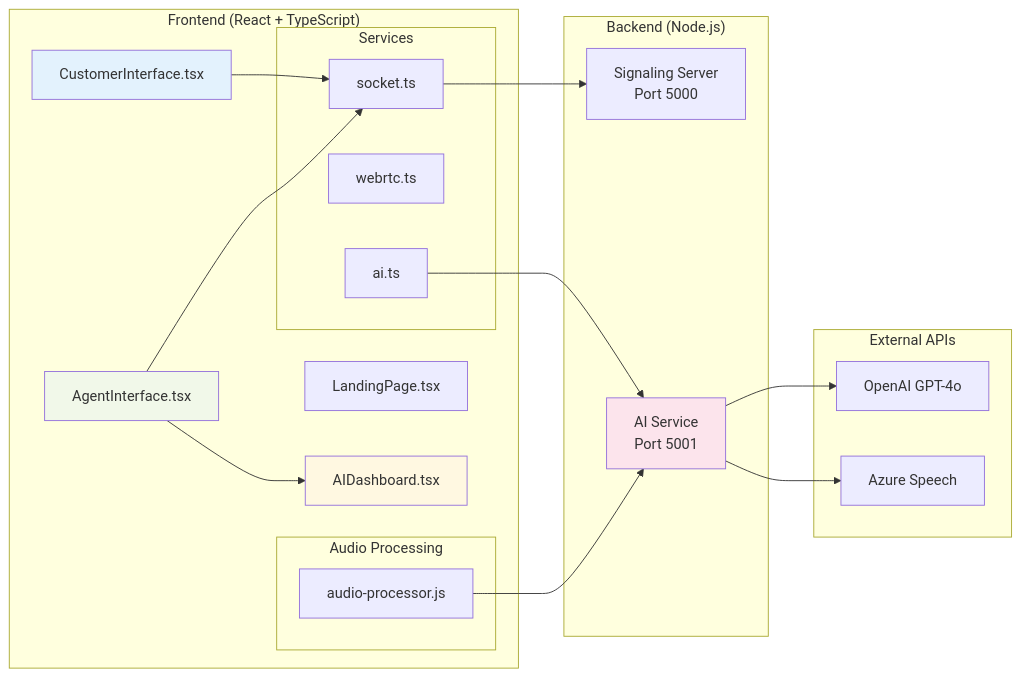
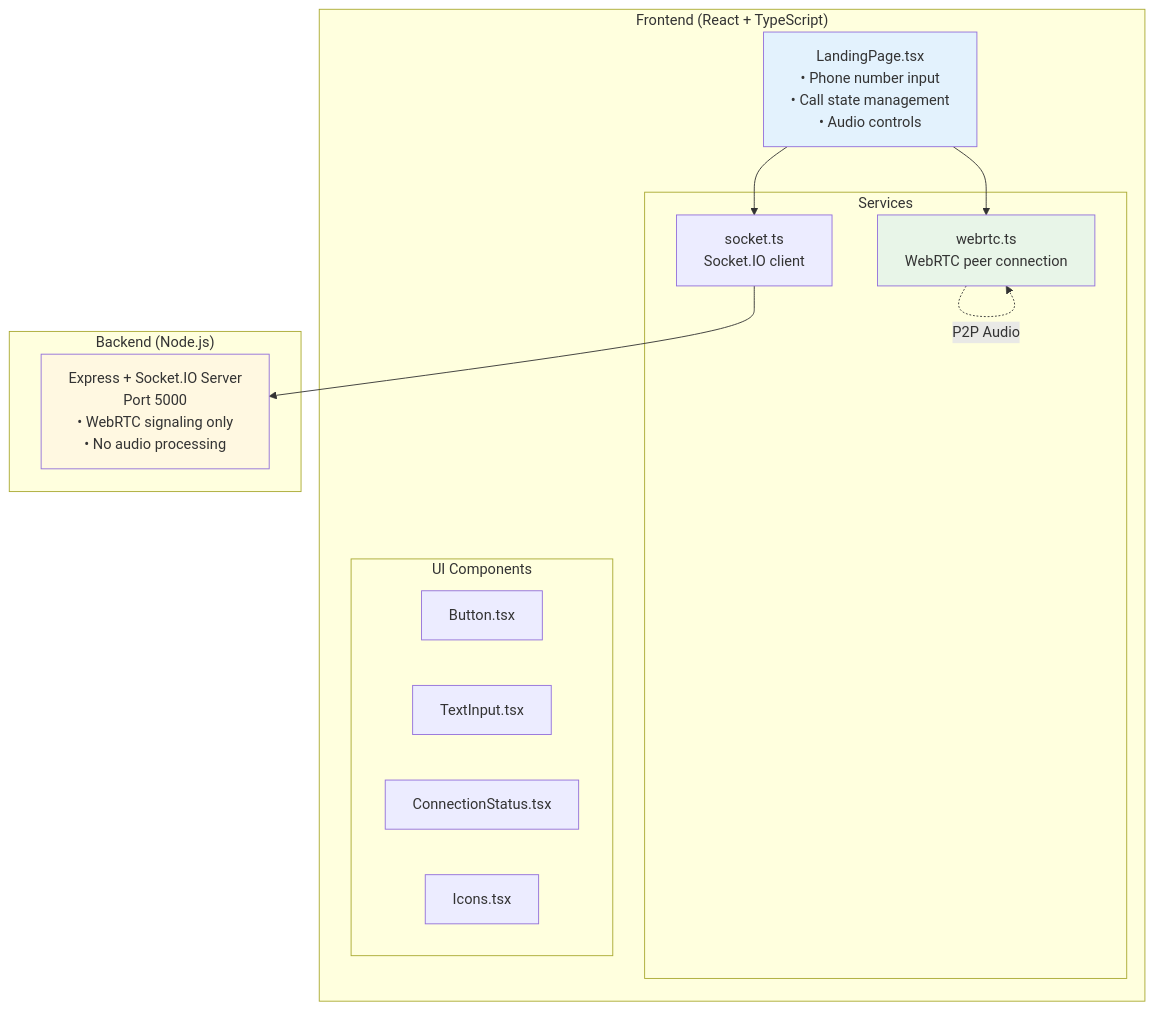
Before and after one commit to AllardQuek/AI-Concierge: the second of 5 diagrams in docs/architecture-diagrams.md, drawn with Mermaid. The commit also changed other lines of this file and 7 other files, not shown here.

First line of the commit message:
docs: Modernize documentation to reflect P2P WebRTC calling platform

````diff
--- a/docs/architecture-diagrams.md
+++ b/docs/architecture-diagrams.md
@@ -29,43 +32,31 @@
 ```mermaid
-graph LR
+graph TB
     subgraph "Frontend (React + TypeScript)"
-        LP[LandingPage.tsx]
-        CI[CustomerInterface.tsx]
-        AGI[AgentInterface.tsx]
-        AID[AIDashboard.tsx]
+        LP[LandingPage.tsx<br/>• Phone number input<br/>• Call state management<br/>• Audio controls]
         
         subgraph "Services"
-            SOC[socket.ts]
-            WEB[webrtc.ts]
-            AIS[ai.ts]
+            SOC[socket.ts<br/>Socket.IO client]
+            WEB[webrtc.ts<br/>WebRTC peer connection]
         end
         
-        subgraph "Audio Processing"
-            AWP[audio-processor.js]
+        subgraph "UI Components"
+            BTN[Button.tsx]
+            TXT[TextInput.tsx]
+            STAT[ConnectionStatus.tsx]
+            ICO[Icons.tsx]
         end
     end
     
     subgraph "Backend (Node.js)"
-        SIG[Signaling Server<br/>Port 5000]
-        AI[AI Service<br/>Port 5001]
+        SIG[Express + Socket.IO Server<br/>Port 5000<br/>• WebRTC signaling only<br/>• No audio processing]
     end
     
-    subgraph "External APIs"
-        OAI[OpenAI GPT-4o]
-        AZS[Azure Speech]
-    end
+    LP --> SOC
+    LP --> WEB
+    SOC --> SIG
+    WEB -.->|P2P Audio| WEB
     
-    CI --> SOC
-    AGI --> SOC
-    AGI --> AID
-    SOC --> SIG
-    AIS --> AI
-    AWP --> AI
-    AI --> OAI
-    AI --> AZS
-    
-    style CI fill:#e3f2fd
-    style AGI fill:#f1f8e9
-    style AID fill:#fff8e1
-    style AI fill:#fce4ec
+    style LP fill:#e3f2fd
+    style SIG fill:#fff8e1
+    style WEB fill:#e8f5e8
 ```
````
